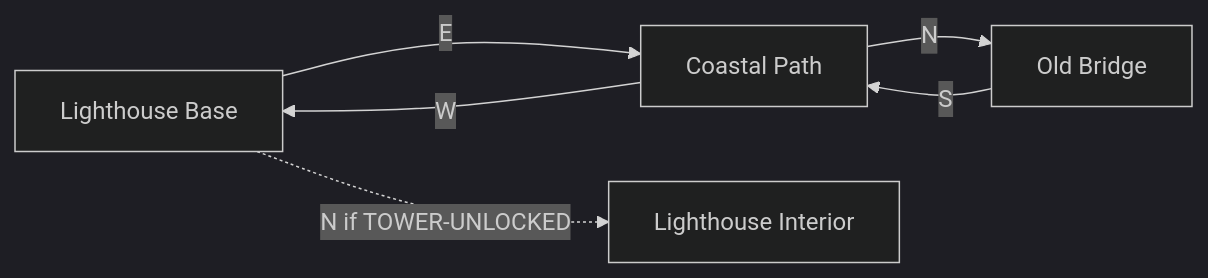
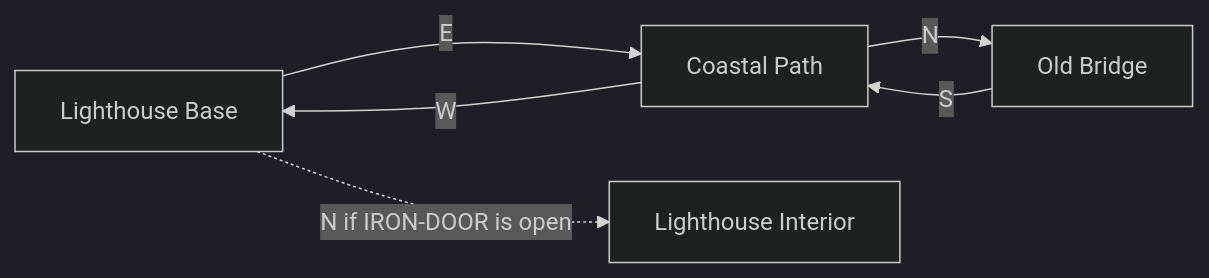
The first of 2 diagrams in skills/source_writing_adventures.md (corepunch/zil-runtime), drawn with Mermaid (dark theme) before and after one commit. The commit also changed other lines of this file and 9 other files, not shown here.

````diff
--- a/skills/source_writing_adventures.md
+++ b/skills/source_writing_adventures.md
@@ -150,8 +150,8 @@
 ```mermaid
 graph LR
   BASE[Lighthouse Base] -- E --> PATH[Coastal Path]
   PATH -- W --> BASE
   PATH -- N --> BRIDGE[Old Bridge]
   BRIDGE -- S --> PATH
-  BASE -. "N if TOWER-UNLOCKED" .-> INT[Lighthouse Interior]
+  BASE -. "N if IRON-DOOR is open" .-> INT[Lighthouse Interior]
 ```
````
